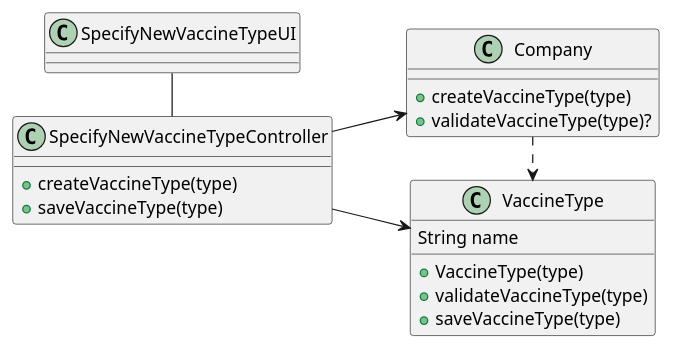
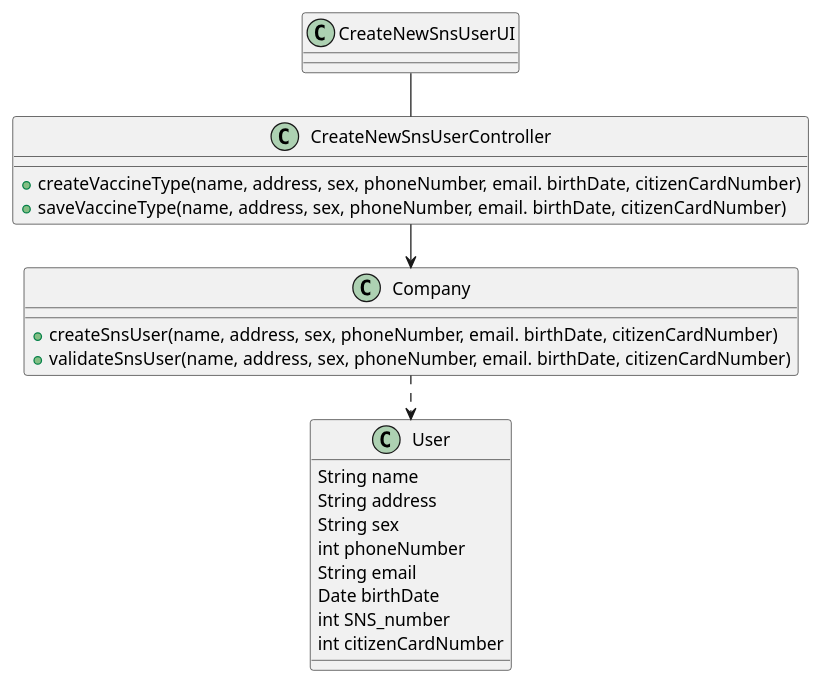
The diagram in docs/SprintB/US003/US003_CD.puml (Pirussa/lei-22-s2-1da-g02), drawn with PlantUML before and after one commit. The commit also changed 6 other files, not shown here.

```diff
--- a/docs/SprintB/US003/US003_CD.puml
+++ b/docs/SprintB/US003/US003_CD.puml
@@ -1,30 +1,34 @@
 @startuml
 'https://plantuml.com/class-diagram
 
 class Company {
-+createVaccineType(type)
-+validateVaccineType(type)?
++createSnsUser(name, address, sex, phoneNumber, email. birthDate, citizenCardNumber)
++validateSnsUser(name, address, sex, phoneNumber, email. birthDate, citizenCardNumber)
 }
 
-class SpecifyNewVaccineTypeUI
-
-class SpecifyNewVaccineTypeController{
-+createVaccineType(type)
-+saveVaccineType(type)
+class User {
+String name
+String address
+String sex
+int phoneNumber
+String email
+Date birthDate
+int SNS_number
+int citizenCardNumber
 }
 
-class VaccineType {
-String name
-+VaccineType(type)
-+validateVaccineType(type)
-+saveVaccineType(type)
+class CreateNewSnsUserUI
+
+class CreateNewSnsUserController{
++createVaccineType(name, address, sex, phoneNumber, email. birthDate, citizenCardNumber)
++saveVaccineType(name, address, sex, phoneNumber, email. birthDate, citizenCardNumber)
 }
+
 
 left to right direction
 
-SpecifyNewVaccineTypeUI - SpecifyNewVaccineTypeController
-SpecifyNewVaccineTypeController --> Company
-Company .> VaccineType
-SpecifyNewVaccineTypeController -> VaccineType
+CreateNewSnsUserUI - CreateNewSnsUserController
+CreateNewSnsUserController -> Company
+Company .> User
 
 @enduml
```
